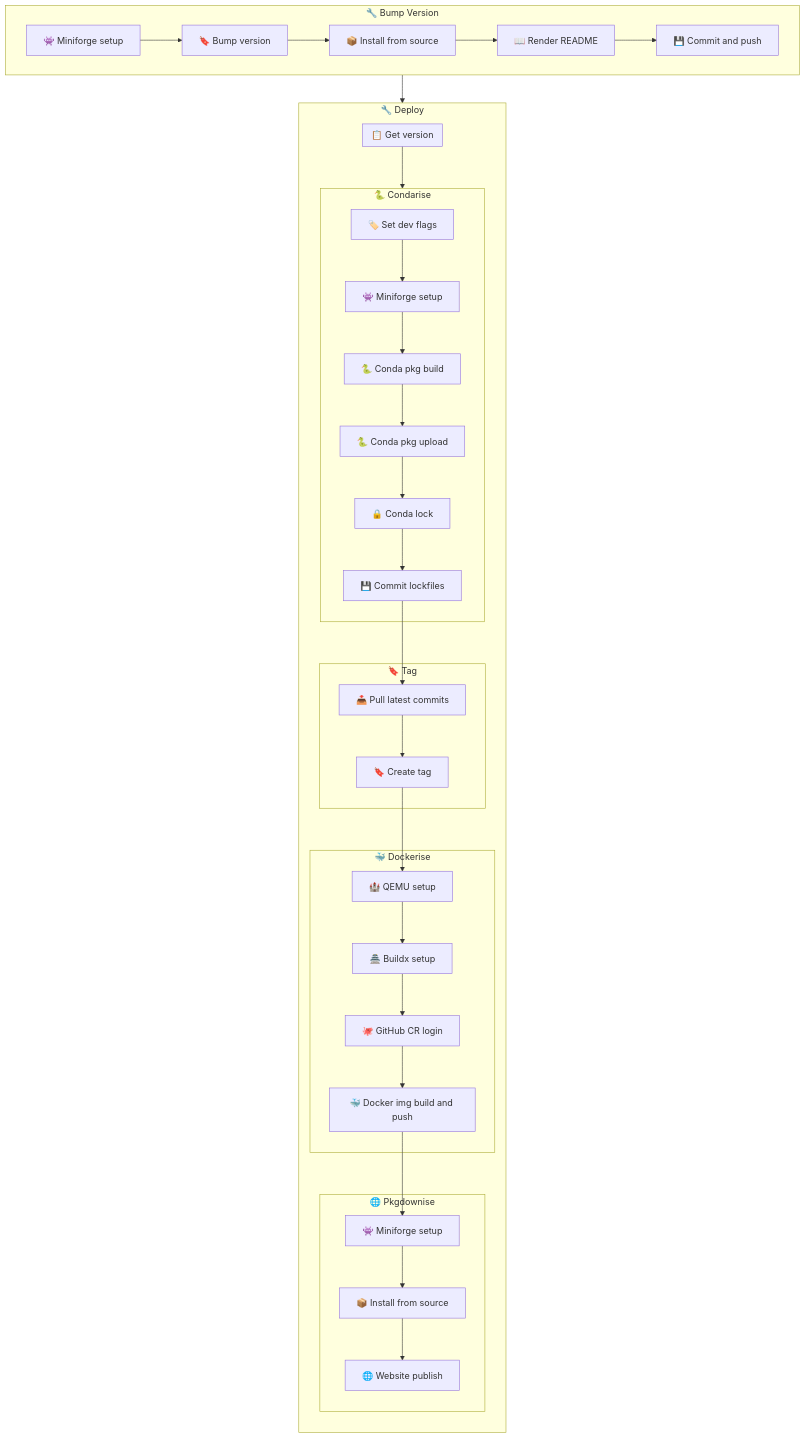
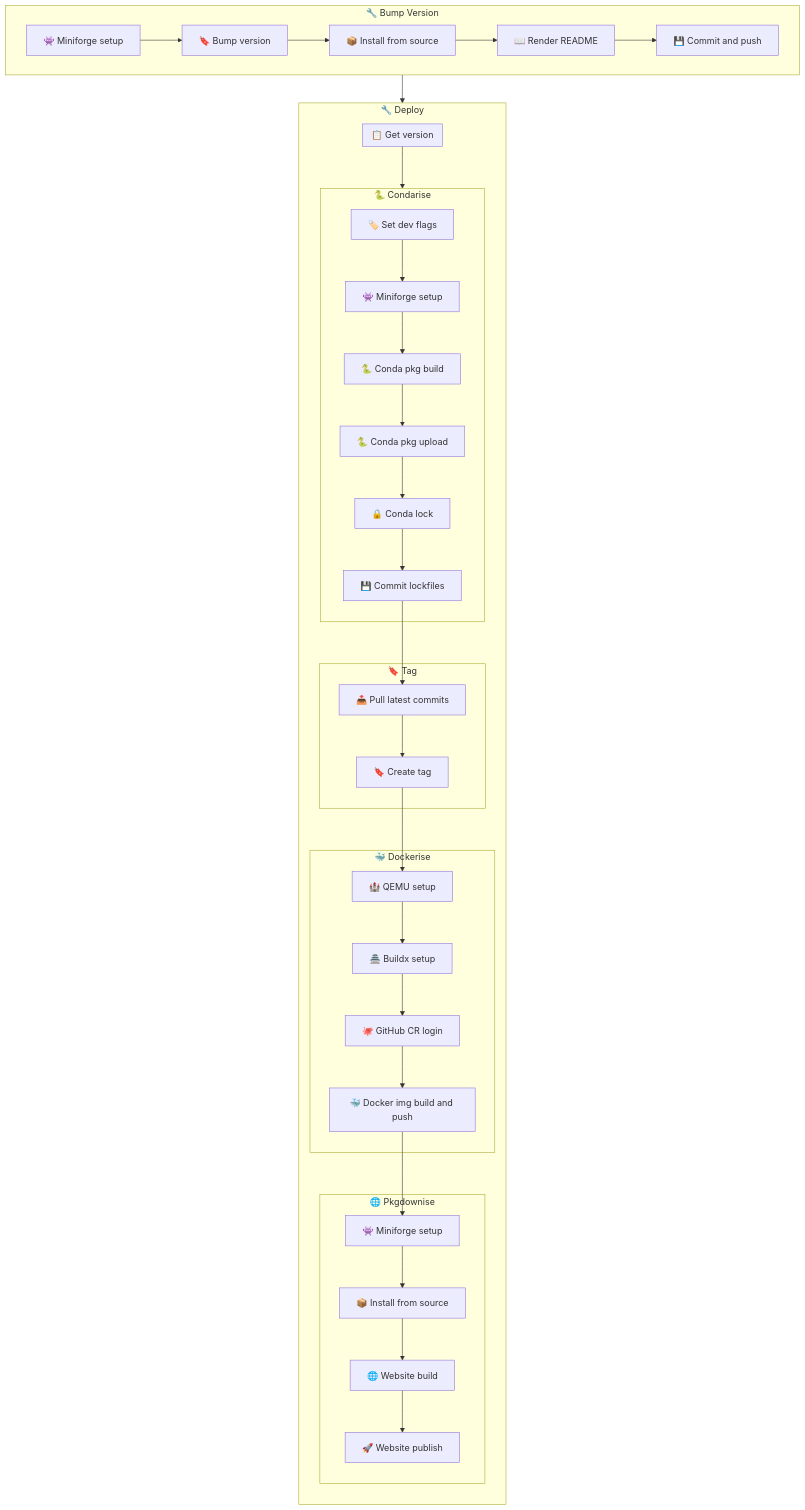
Before and after one commit to tidywf/tidywigits: the diagram in dev/articles/cicd.md, drawn with Mermaid. The commit also changed 78 other files, not shown here.

````diff
--- a/dev/articles/cicd.md
+++ b/dev/articles/cicd.md
@@ -3,62 +3,64 @@
 ``` mermaid
 flowchart TD
 
     subgraph BUMP ["🔧 Bump Version"]
     B1["👾 Miniforge setup"]
     B2["🔖 Bump version"]
     B3["📦 Install from source"]
     B4["📖 Render README"]
     B5["💾 Commit and push"]
     B1 --> B2
     B2 --> B3
     B3 --> B4
     B4 --> B5
     end
 
     BUMP --> DEPLOY
 
     subgraph DEPLOY ["🔧 Deploy"]
         direction TB
         subgraph version ["📋 Get version"]
         end
         subgraph condarise ["🐍 Condarise"]
         J2S1["🏷️ Set dev flags"]
         J2S2["👾 Miniforge setup"]
         J2S3["🐍 Conda pkg build"]
         J2S4["🐍 Conda pkg upload"]
         J2S5["🔒 Conda lock"]
         J2S6["💾 Commit lockfiles"]
         J2S1 --> J2S2
         J2S2 --> J2S3
         J2S3 --> J2S4
         J2S4 --> J2S5
         J2S5 --> J2S6
         end
         subgraph tag ["🔖 Tag"]
         J3S1["📥 Pull latest commits"]
         J3S2["🔖 Create tag"]
         J3S1 --> J3S2
         end
         subgraph dockerise ["🐳 Dockerise"]
         J4S1["🏰 QEMU setup"]
         J4S2["🏯 Buildx setup"]
         J4S3["🐙 GitHub CR login"]
         J4S4["🐳 Docker img build and push"]
         J4S1 --> J4S2
         J4S2 --> J4S3
         J4S3 --> J4S4
         end
         subgraph pkgdownise ["🌐 Pkgdownise"]
         J5S1["👾 Miniforge setup"]
         J5S2["📦 Install from source"]
-        J5S3["🌐 Website publish"]
+        J5S3["🌐 Website build"]
+        J5S4["🚀 Website publish"]
         J5S1 --> J5S2
         J5S2 --> J5S3
+        J5S3 --> J5S4
         end
 
         version --> condarise
         J2S6 --> J3S1
         J3S2 --> J4S1
         J4S4 --> J5S1
     end
 ```
````
